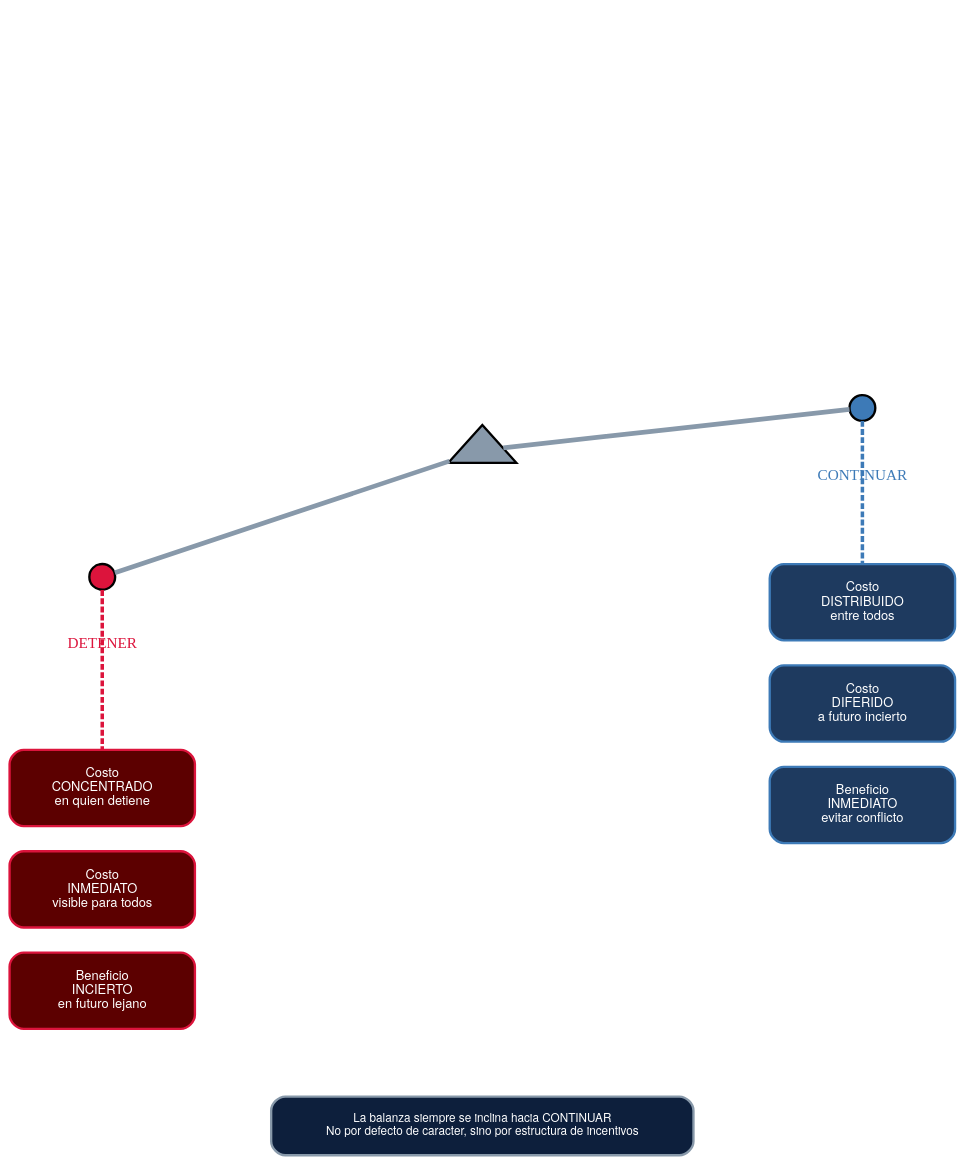
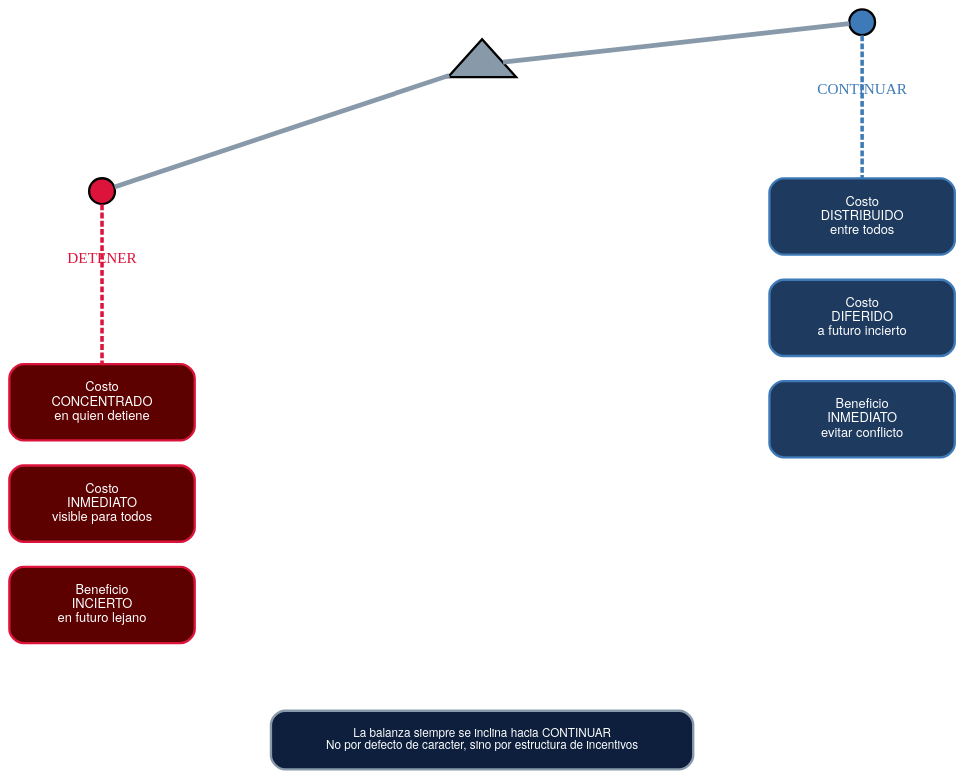
Before and after one commit to gonzalezulises/mas-control-mas-caos: the diagram in assets/diagrams/B4-asimetria-costos.dot, drawn with Graphviz. The commit also changed 33 other files, not shown here.

```diff
--- a/assets/diagrams/B4-asimetria-costos.dot
+++ b/assets/diagrams/B4-asimetria-costos.dot
@@ -1,147 +1,139 @@
 digraph AsimetriaBalanza {
     // Layout
     layout=neato;
     bgcolor="transparent";
-    pad=0.8;
+    pad=0.3;
 
     // Estilo global - paleta portada
     node [
         fontname="Helvetica Neue",
         fontsize=11,
         fontcolor="#ffffff",
         penwidth=2
     ];
 
     edge [
         penwidth=3,
         color="#8899aa"
     ];
-
-    // Titulo
-    titulo [label="ASIMETRIA DE COSTOS\nEN DECISIONES DE LIMITE",
-            shape=plaintext,
-            fontsize=14,
-            fontname="Helvetica Neue Bold",
-            fontcolor="#ffffff",
-            pos="0,5!"];
 
     // Fulcro (punto de apoyo) - desplazado a la derecha para mostrar desequilibrio
     fulcro [label="",
             shape=triangle,
             width=0.8,
             height=0.6,
             fillcolor="#8899aa",
             style=filled,
             pos="1,0!"];
 
     // Barra de la balanza - inclinada (DETENER pesa más = baja)
     // Lado DETENER (izquierda, más abajo porque pesa más)
     plato_detener [label="",
                    shape=circle,
                    width=0.3,
                    fillcolor="#dc143c",
                    style=filled,
                    pos="-3.5,-1.5!"];
 
     // Lado CONTINUAR (derecha, más arriba porque pesa menos)
     plato_continuar [label="",
                      shape=circle,
                      width=0.3,
                      fillcolor="#3d7ab7",
                      style=filled,
                      pos="5.5,0.5!"];
 
     // Barra inclinada (línea)
     barra1 [label="", shape=point, width=0, pos="-3.5,-1.5!"];
     barra2 [label="", shape=point, width=0, pos="5.5,0.5!"];
 
     // Etiquetas de los lados
     label_detener [label="DETENER",
                    shape=plaintext,
                    fontsize=13,
                    fontname="Helvetica Neue Bold",
                    fontcolor="#dc143c",
                    pos="-3.5,-2.3!"];
 
     label_continuar [label="CONTINUAR",
                      shape=plaintext,
                      fontsize=13,
                      fontname="Helvetica Neue Bold",
                      fontcolor="#3d7ab7",
                      pos="5.5,-0.3!"];
 
     // Pesos lado DETENER (cajas rojas apiladas - pesadas)
     d1 [label="Costo\nCONCENTRADO\nen quien detiene",
         shape=box,
         style="rounded,filled",
         fillcolor="#5c0000",
         color="#dc143c",
         width=2.2,
         height=0.9,
         pos="-3.5,-4!"];
 
     d2 [label="Costo\nINMEDIATO\nvisible para todos",
         shape=box,
         style="rounded,filled",
         fillcolor="#5c0000",
         color="#dc143c",
         width=2.2,
         height=0.9,
         pos="-3.5,-5.2!"];
 
     d3 [label="Beneficio\nINCIERTO\nen futuro lejano",
         shape=box,
         style="rounded,filled",
         fillcolor="#5c0000",
         color="#dc143c",
         width=2.2,
         height=0.9,
         pos="-3.5,-6.4!"];
 
     // Pesos lado CONTINUAR (cajas azules - livianas)
     c1 [label="Costo\nDISTRIBUIDO\nentre todos",
         shape=box,
         style="rounded,filled",
         fillcolor="#1e3a5f",
         color="#3d7ab7",
         width=2.2,
         height=0.9,
         pos="5.5,-1.8!"];
 
     c2 [label="Costo\nDIFERIDO\na futuro incierto",
         shape=box,
         style="rounded,filled",
         fillcolor="#1e3a5f",
         color="#3d7ab7",
         width=2.2,
         height=0.9,
         pos="5.5,-3!"];
 
     c3 [label="Beneficio\nINMEDIATO\nevitar conflicto",
         shape=box,
         style="rounded,filled",
         fillcolor="#1e3a5f",
         color="#3d7ab7",
         width=2.2,
         height=0.9,
         pos="5.5,-4.2!"];
 
     // Conexiones de la balanza
     plato_detener -> fulcro [arrowhead=none, color="#8899aa", penwidth=4];
     fulcro -> plato_continuar [arrowhead=none, color="#8899aa", penwidth=4];
 
     // Lineas a los pesos
     plato_detener -> d1 [arrowhead=none, style=dashed, color="#dc143c"];
     plato_continuar -> c1 [arrowhead=none, style=dashed, color="#3d7ab7"];
 
     // Conclusion
     conclusion [label="La balanza siempre se inclina hacia CONTINUAR\nNo por defecto de caracter, sino por estructura de incentivos",
                 shape=box,
                 style="rounded,filled",
                 fillcolor="#0d1f3c",
                 color="#8899aa",
                 fontsize=10,
                 width=5,
                 height=0.7,
                 pos="1,-8!"];
 }
```
